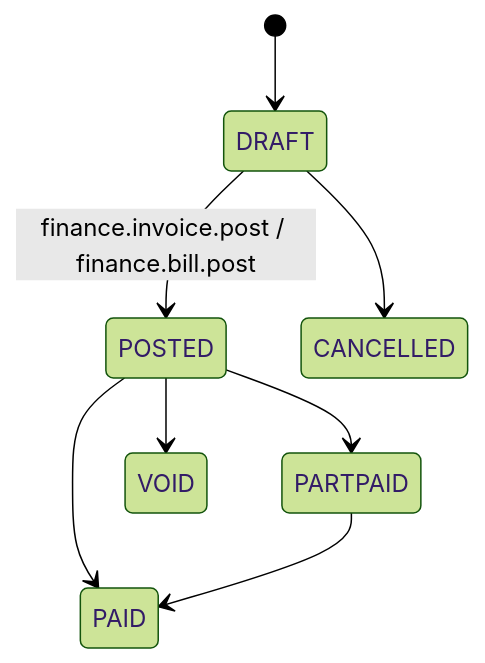
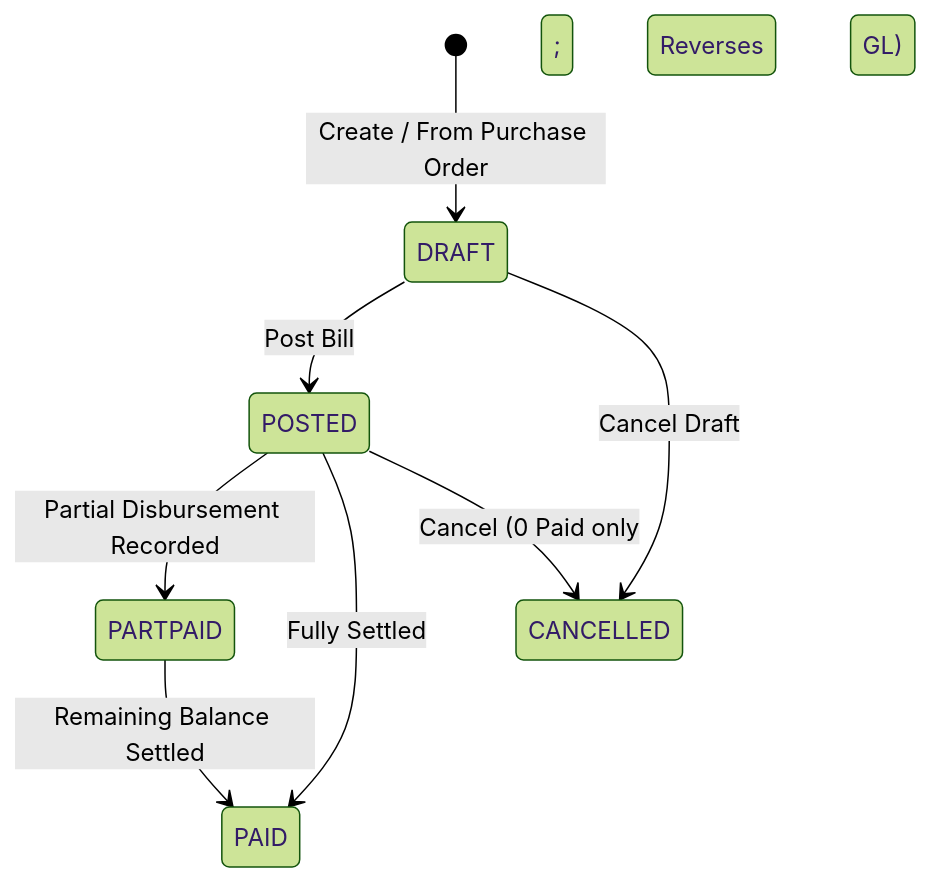
One commit to tenarm/docs changed the second of 3 diagrams in user-guides/modules/finance.md. Above: the diagram before and after it, drawn with Mermaid (forest theme). The commit also changed other lines of this file and 42 other files, not shown here.

````diff
--- a/user-guides/modules/finance.md
+++ b/user-guides/modules/finance.md
@@ -138,10 +137,10 @@
 ```mermaid
 stateDiagram-v2
-    [*] --> DRAFT
-    DRAFT --> POSTED : finance.invoice.post / finance.bill.post
-    POSTED --> PARTPAID
-    POSTED --> PAID
-    PARTPAID --> PAID
-    DRAFT --> CANCELLED
-    POSTED --> VOID
+    [*] --> DRAFT : Create / From Purchase Order
+    DRAFT --> POSTED : Post Bill
+    POSTED --> PARTPAID : Partial Disbursement Recorded
+    POSTED --> PAID : Fully Settled
+    PARTPAID --> PAID : Remaining Balance Settled
+    DRAFT --> CANCELLED : Cancel Draft
+    POSTED --> CANCELLED : Cancel (0 Paid only; Reverses GL)
 ```
````
